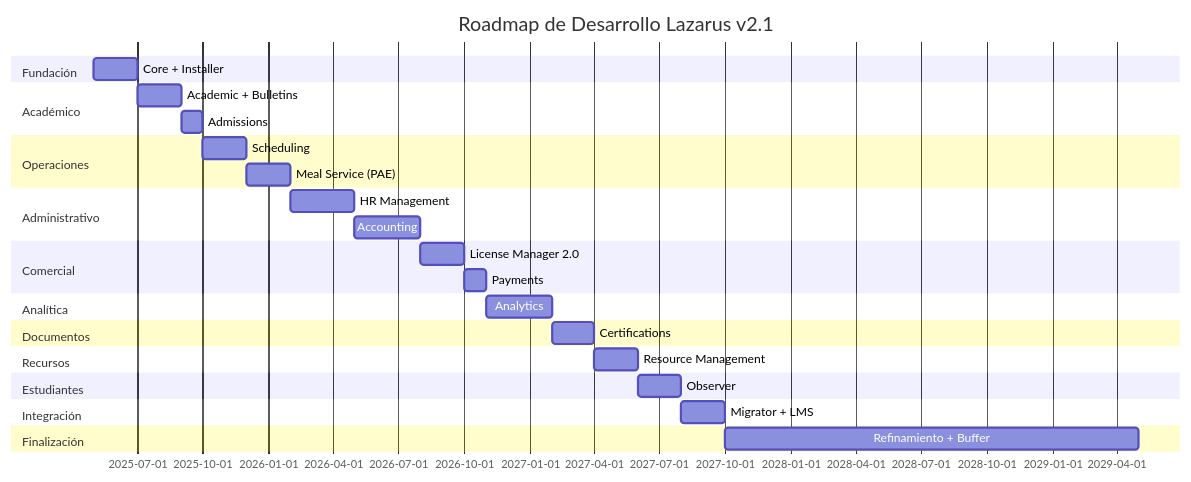
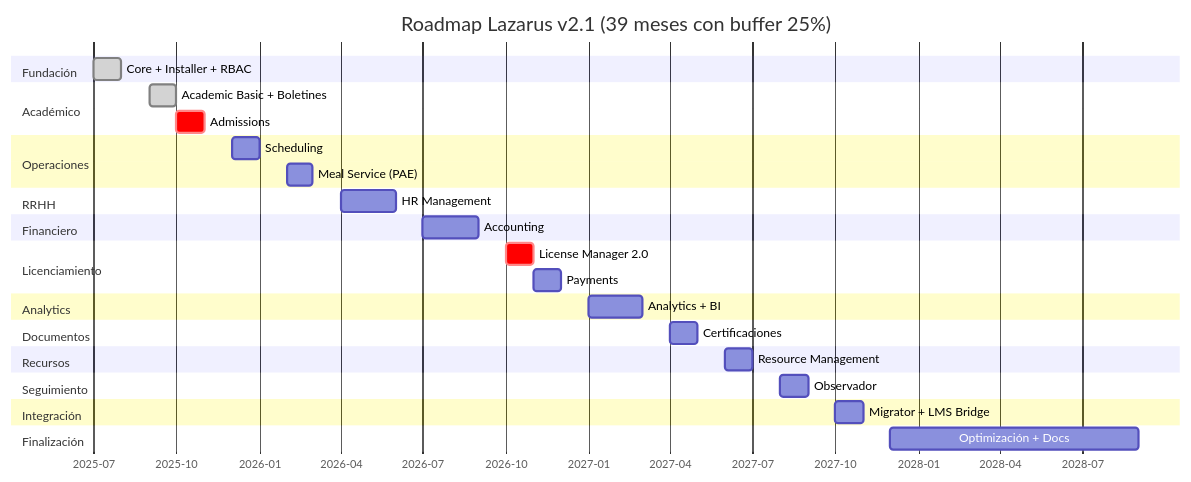
The third of 16 diagrams in lazarus-ded_v2.1.md (alonsoarias/lazarus), drawn with Mermaid before and after one commit. The commit also changed other lines of this file, not shown here.

````diff
--- a/lazarus-ded_v2.1.md
+++ b/lazarus-ded_v2.1.md
@@ -1006,31 +1087,45 @@
 ```mermaid
 gantt
-    title Roadmap de Desarrollo Lazarus v2.1
-    dateFormat YYYY-MM
+    title Roadmap Lazarus v2.1 (39 meses con buffer 25%)
+    dateFormat  YYYY-MM
+    axisFormat  %Y-%m
+    
     section Fundación
-    Core + Installer         :2025-05, 2M
+    Core + Installer + RBAC     :done, foundation, 2025-07, 2025-08
+    
     section Académico
-    Academic + Bulletins     :2025-07, 2M
-    Admissions              :2025-09, 1M
+    Academic Basic + Boletines  :done, academic, 2025-09, 2025-10
+    Admissions                  :crit, admissions, 2025-10, 2025-11
+    
     section Operaciones
-    Scheduling              :2025-10, 2M
-    Meal Service (PAE)      :2025-12, 2M
-    section Administrativo
-    HR Management           :2026-02, 3M
-    Accounting              :2026-05, 3M
-    section Comercial
-    License Manager 2.0     :2026-08, 2M
-    Payments                :2026-10, 1M
-    section Analítica
-    Analytics               :2026-11, 3M
+    Scheduling                  :scheduling, 2025-12, 2026-01
+    Meal Service (PAE)         :meals, 2026-02, 2026-03
+    
+    section RRHH
+    HR Management              :hr, 2026-04, 2026-06
+    
+    section Financiero
+    Accounting                 :accounting, 2026-07, 2026-09
+    
+    section Licenciamiento
+    License Manager 2.0        :crit, license, 2026-10, 2026-11
+    Payments                   :payments, 2026-11, 2026-12
+    
+    section Analytics
+    Analytics + BI             :analytics, 2027-01, 2027-03
+    
     section Documentos
-    Certifications          :2027-02, 2M
+    Certificaciones            :certs, 2027-04, 2027-05
+    
     section Recursos
-    Resource Management     :2027-04, 2M
-    section Estudiantes
-    Observer                :2027-06, 2M
+    Resource Management        :resources, 2027-06, 2027-07
+    
+    section Seguimiento
+    Observador                 :observer, 2027-08, 2027-09
+    
     section Integración
-    Migrator + LMS          :2027-08, 2M
+    Migrator + LMS Bridge      :integration, 2027-10, 2027-11
+    
     section Finalización
-    Refinamiento + Buffer   :2027-10, 19M
+    Optimización + Docs        :final, 2027-12, 2028-09
 ```
````
